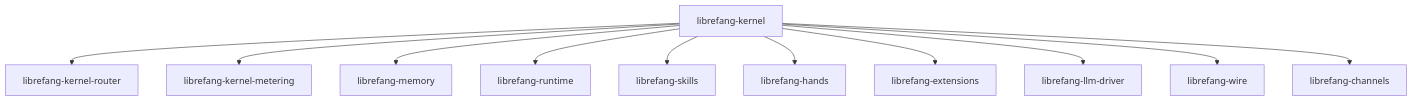
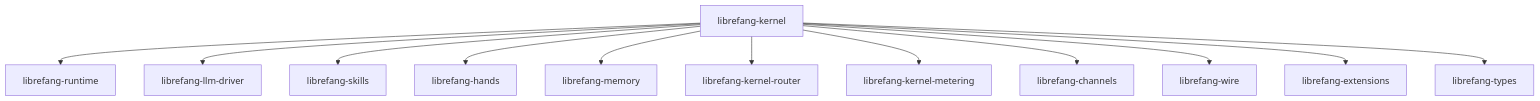
Before and after one commit to leszek3737/librefang-WIki: the diagram in other-librefang-kernel.md, drawn with Mermaid. The commit also changed other lines of this file and 120 other files, not shown here.

````diff
--- a/other-librefang-kernel.md
+++ b/other-librefang-kernel.md
@@ -25,13 +11,14 @@
 ```mermaid
 graph TD
-    K[librefang-kernel] --> R[librefang-kernel-router]
-    K --> M[librefang-kernel-metering]
-    K --> MEM[librefang-memory]
-    K --> RT[librefang-runtime]
+    K[librefang-kernel] --> R[librefang-runtime]
+    K --> LD[librefang-llm-driver]
     K --> SK[librefang-skills]
     K --> H[librefang-hands]
+    K --> M[librefang-memory]
+    K --> KR[librefang-kernel-router]
+    K --> KM[librefang-kernel-metering]
+    K --> CH[librefang-channels]
+    K --> W[librefang-wire]
     K --> E[librefang-extensions]
-    K --> LLM[librefang-llm-driver]
-    K --> W[librefang-wire]
-    K --> C[librefang-channels]
+    K --> T[librefang-types]
 ```
````
